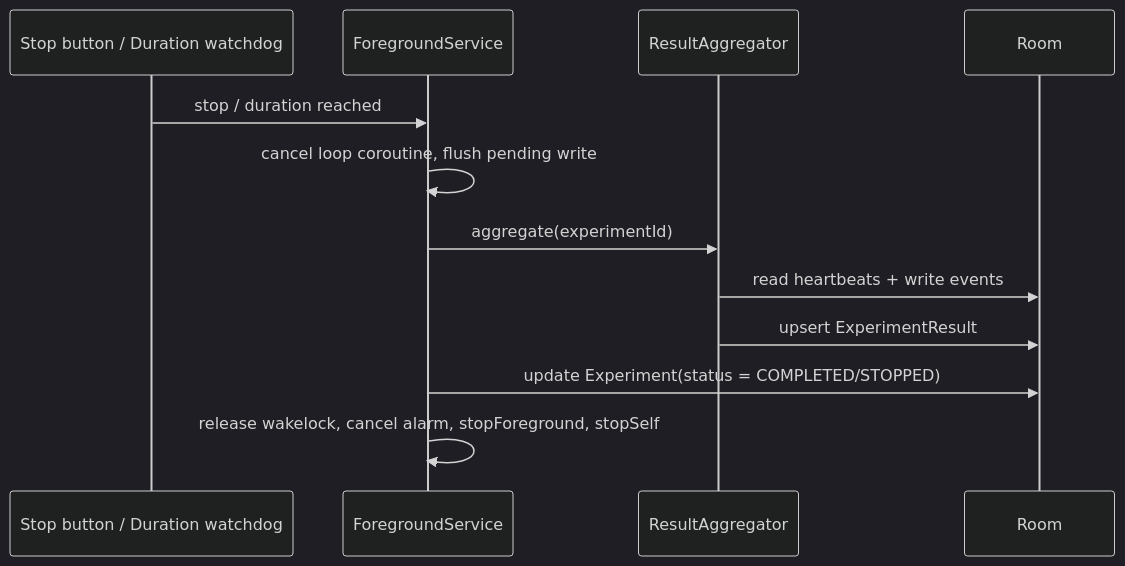
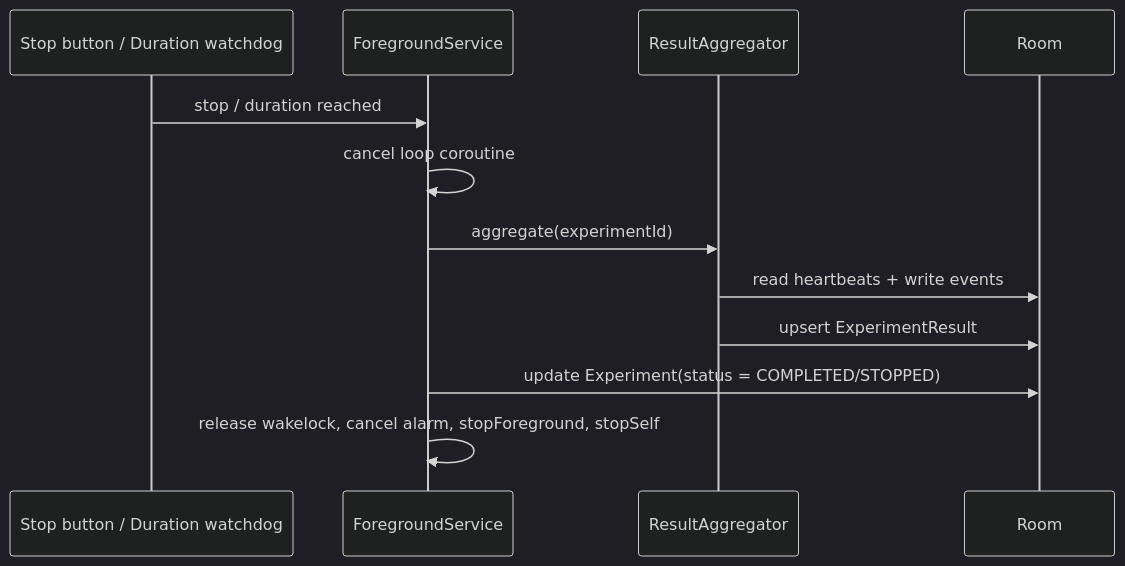
Before and after one commit to Pixson-Lin/AutoFit: the third of 4 diagrams in docs/SDS.md, drawn with Mermaid (dark theme). The commit also changed other lines of this file and 25 other files, not shown here.

````diff
--- a/docs/SDS.md
+++ b/docs/SDS.md
@@ -250,15 +254,15 @@
 ```mermaid
 sequenceDiagram
     participant Trigger as Stop button / Duration watchdog
     participant S as ForegroundService
     participant RA as ResultAggregator
     participant DB as Room
 
     Trigger->>S: stop / duration reached
-    S->>S: cancel loop coroutine, flush pending write
+    S->>S: cancel loop coroutine
     S->>RA: aggregate(experimentId)
     RA->>DB: read heartbeats + write events
     RA->>DB: upsert ExperimentResult
     S->>DB: update Experiment(status = COMPLETED/STOPPED)
     S->>S: release wakelock, cancel alarm, stopForeground, stopSelf
 ```
````
